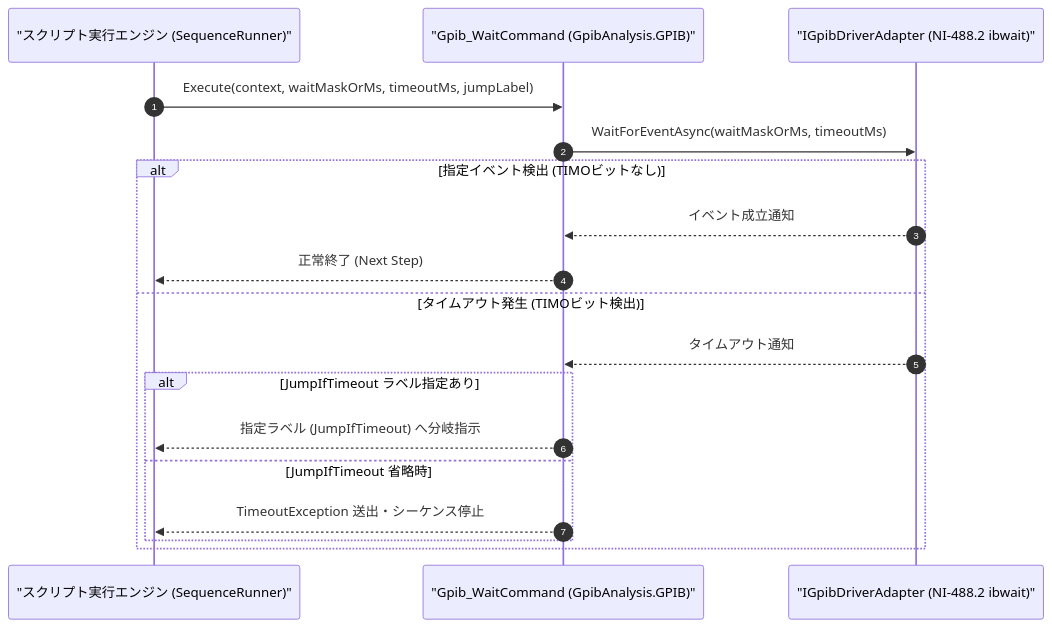
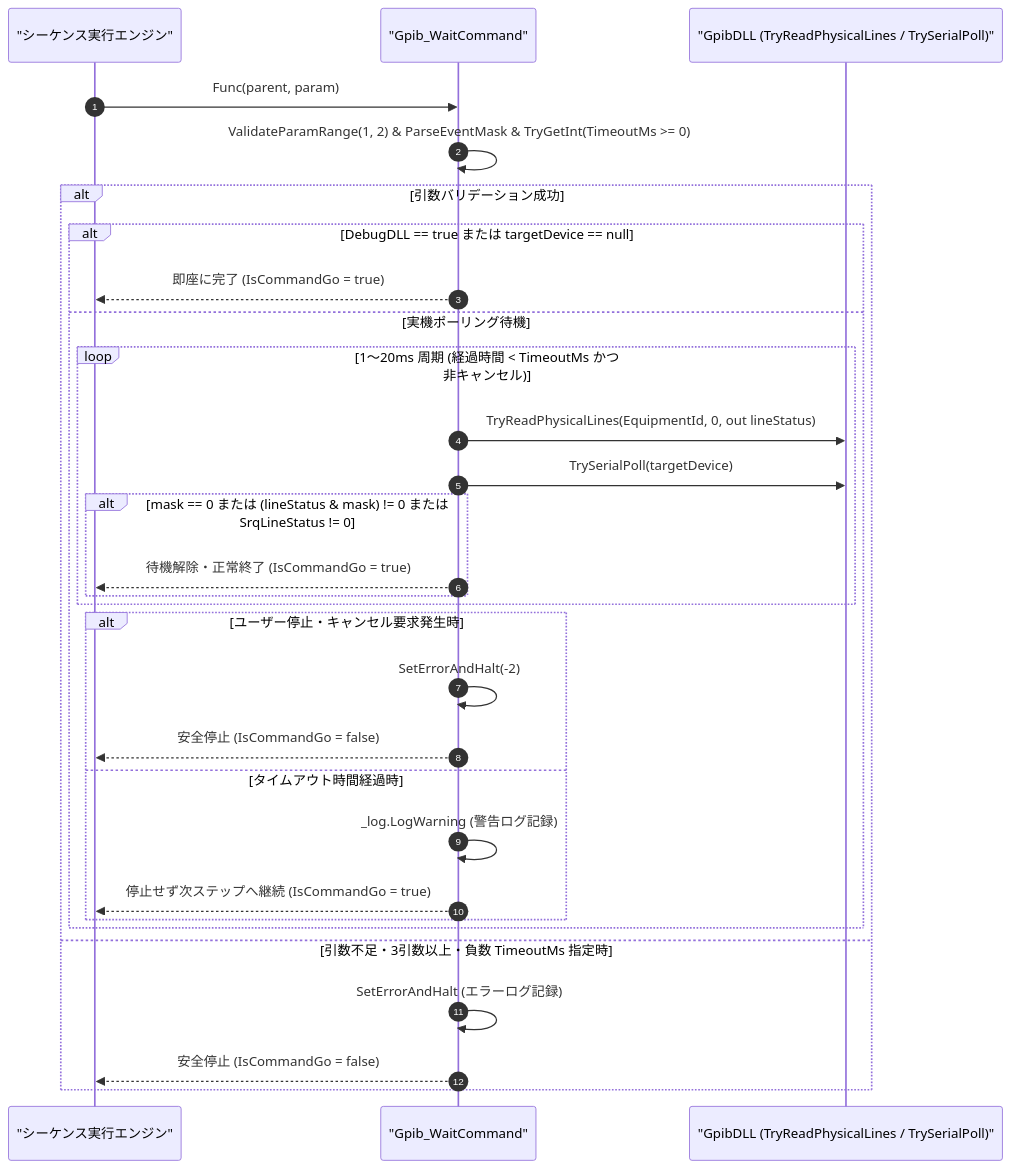
The diagram in Manual/GPIB/Gpib_Wait.Md (Monaca-App/GpibAddIn), drawn with Mermaid before and after one commit. The commit also changed other lines of this file and 32 other files, not shown here.

````diff
--- a/Manual/GPIB/Gpib_Wait.Md
+++ b/Manual/GPIB/Gpib_Wait.Md
@@ -68,21 +68,33 @@
 ```mermaid
 sequenceDiagram
     autonumber
-    participant Script as "スクリプト実行エンジン (SequenceRunner)"
-    participant Cmd as "Gpib_WaitCommand (GpibAnalysis.GPIB)"
-    participant Drv as "IGpibDriverAdapter (NI-488.2 ibwait)"
+    participant Script as "シーケンス実行エンジン"
+    participant Cmd as "Gpib_WaitCommand"
+    participant Dll as "GpibDLL (TryReadPhysicalLines / TrySerialPoll)"
 
-    Script->>Cmd: Execute(context, waitMaskOrMs, timeoutMs, jumpLabel)
-    Cmd->>Drv: WaitForEventAsync(waitMaskOrMs, timeoutMs)
-    alt 指定イベント検出 (TIMOビットなし)
-        Drv-->>Cmd: イベント成立通知
-        Cmd-->>Script: 正常終了 (Next Step)
-    else タイムアウト発生 (TIMOビット検出)
-        Drv-->>Cmd: タイムアウト通知
-        alt JumpIfTimeout ラベル指定あり
-            Cmd-->>Script: 指定ラベル (JumpIfTimeout) へ分岐指示
-        else JumpIfTimeout 省略時
-            Cmd-->>Script: TimeoutException 送出・シーケンス停止
+    Script->>Cmd: Func(parent, param)
+    Cmd->>Cmd: ValidateParamRange(1, 2) & ParseEventMask & TryGetInt(TimeoutMs >= 0)
+    alt 引数バリデーション成功
+        alt DebugDLL == true または targetDevice == null
+            Cmd-->>Script: 即座に完了 (IsCommandGo = true)
+        else 実機ポーリング待機
+            loop 1〜20ms 周期 (経過時間 < TimeoutMs かつ 非キャンセル)
+                Cmd->>Dll: TryReadPhysicalLines(EquipmentId, 0, out lineStatus)
+                Cmd->>Dll: TrySerialPoll(targetDevice)
+                alt mask == 0 または (lineStatus & mask) != 0 または SrqLineStatus != 0
+                    Cmd-->>Script: 待機解除・正常終了 (IsCommandGo = true)
+                end
+            end
+            alt ユーザー停止・キャンセル要求発生時
+                Cmd->>Cmd: SetErrorAndHalt(-2)
+                Cmd-->>Script: 安全停止 (IsCommandGo = false)
+            else タイムアウト時間経過時
+                Cmd->>Cmd: _log.LogWarning (警告ログ記録)
+                Cmd-->>Script: 停止せず次ステップへ継続 (IsCommandGo = true)
+            end
         end
+    else 引数不足・3引数以上・負数 TimeoutMs 指定時
+        Cmd->>Cmd: SetErrorAndHalt (エラーログ記録)
+        Cmd-->>Script: 安全停止 (IsCommandGo = false)
     end
 ```
````
